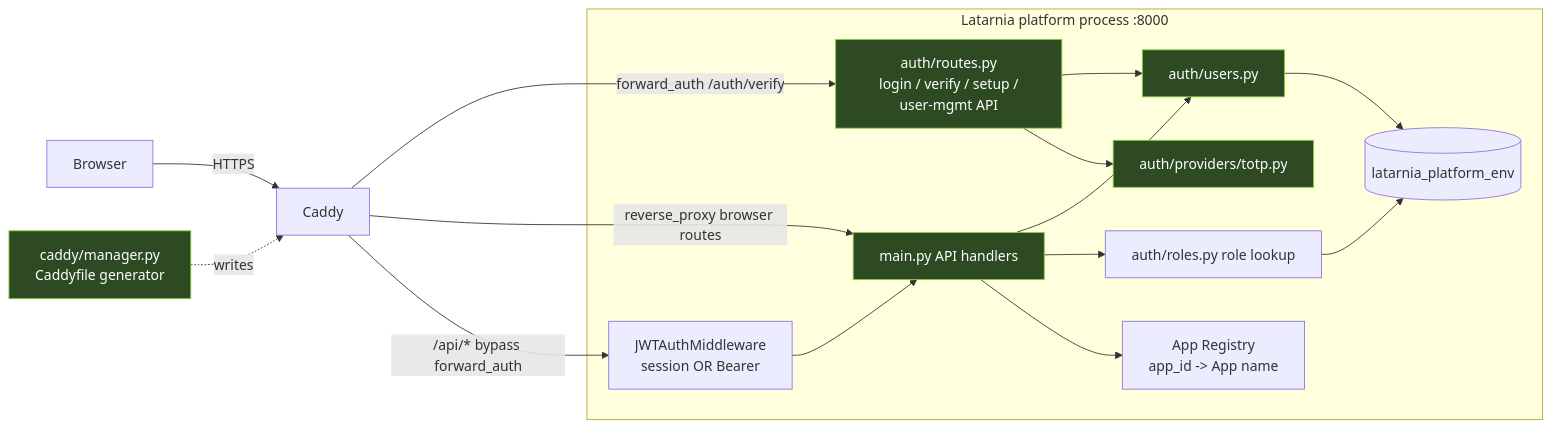
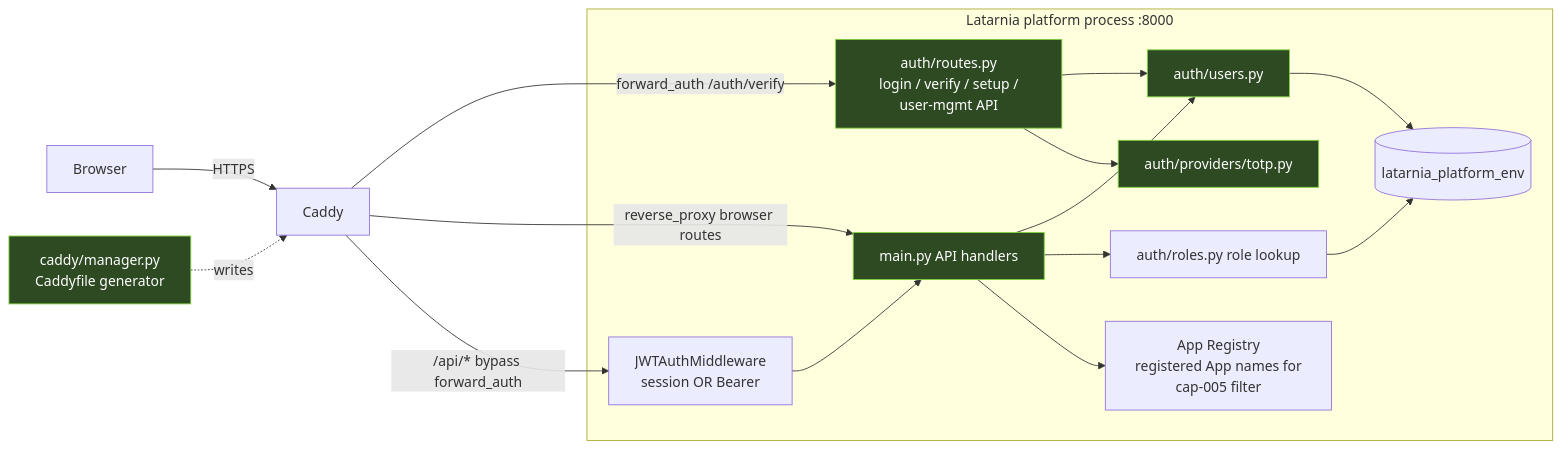
The first of 2 diagrams in docs/Projects/P-0010/architecture.md (felipe-stanham/Latarnia), drawn with Mermaid before and after one commit. The commit also changed other lines of this file and 9 other files, not shown here.

````diff
--- a/docs/Projects/P-0010/architecture.md
+++ b/docs/Projects/P-0010/architecture.md
@@ -9,24 +9,24 @@
 ```mermaid
 flowchart LR
     Browser -->|HTTPS| Caddy
     Caddy -->|forward_auth /auth/verify| Routes
     Caddy -->|reverse_proxy browser routes| Main
     Caddy -->|/api/* bypass forward_auth| MW
 
     subgraph Platform [Latarnia platform process :8000]
         MW[JWTAuthMiddleware\n session OR Bearer] --> Main[main.py API handlers]
         Routes[auth/routes.py\n login / verify / setup / user-mgmt API]
         Main --> Users[auth/users.py]
         Routes --> Users
         Routes --> TOTP[auth/providers/totp.py]
         Main --> Roles[auth/roles.py role lookup]
-        Main --> Registry[App Registry\n app_id -> App name]
+        Main --> Registry[App Registry\n registered App names for cap-005 filter]
         Users --> AuthDB[(latarnia_platform_env)]
         Roles --> AuthDB
     end
 
     CaddyGen[caddy/manager.py\n Caddyfile generator] -.writes.-> Caddy
 
     classDef chg fill:#2d4a22,stroke:#7fd13b,color:#fff;
     class Routes,Main,CaddyGen,Users,TOTP chg;
 ```
````
